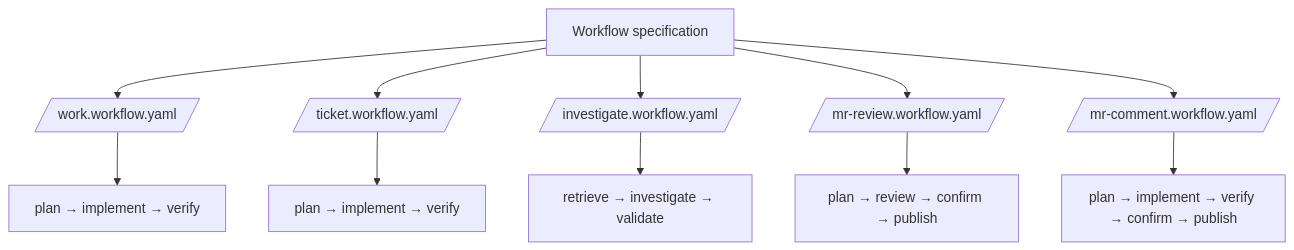
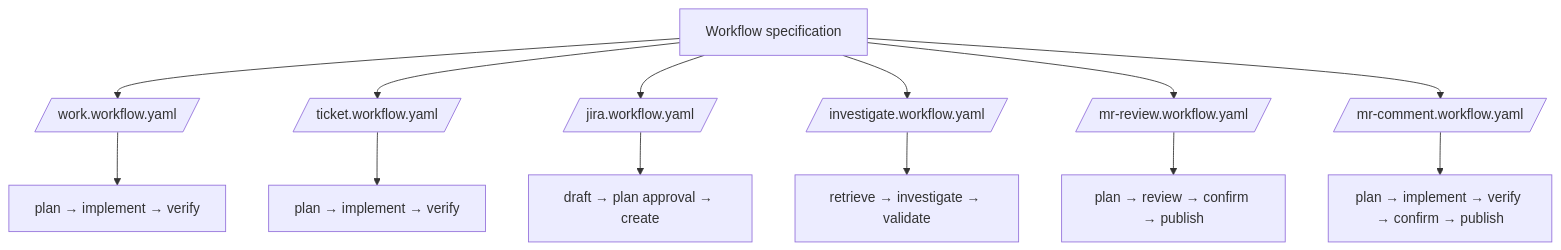
One commit to wichayutdew/dotfiles-arch changed the first of 2 diagrams in .pi/README.md. Above: the diagram before and after it, drawn with Mermaid. The commit also changed other lines of this file and 29 other files, not shown here.

````diff
--- a/.pi/README.md
+++ b/.pi/README.md
@@ -6,14 +6,16 @@
 ```mermaid
 flowchart TD
     S[Workflow specification] --> W[/work.workflow.yaml/]
     S --> T[/ticket.workflow.yaml/]
+    S --> J[/jira.workflow.yaml/]
     S --> I[/investigate.workflow.yaml/]
     S --> R[/mr-review.workflow.yaml/]
     S --> C[/mr-comment.workflow.yaml/]
 
     W --> WP[plan → implement → verify]
     T --> TP[plan → implement → verify]
+    J --> JP[draft → plan approval → create]
     I --> IP[retrieve → investigate → validate]
     R --> RP[plan → review → confirm → publish]
     C --> CP[plan → implement → verify → confirm → publish]
 ```
````
